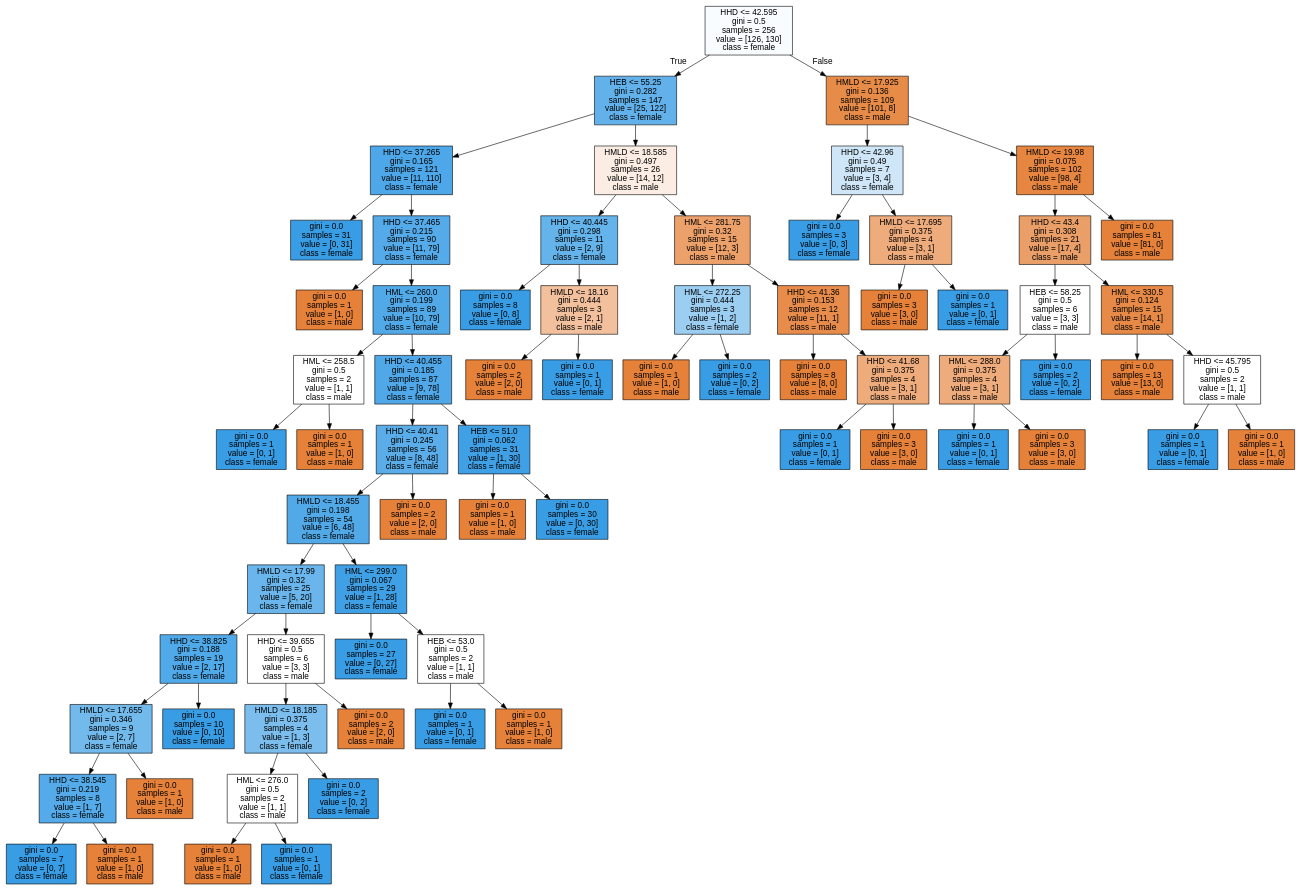
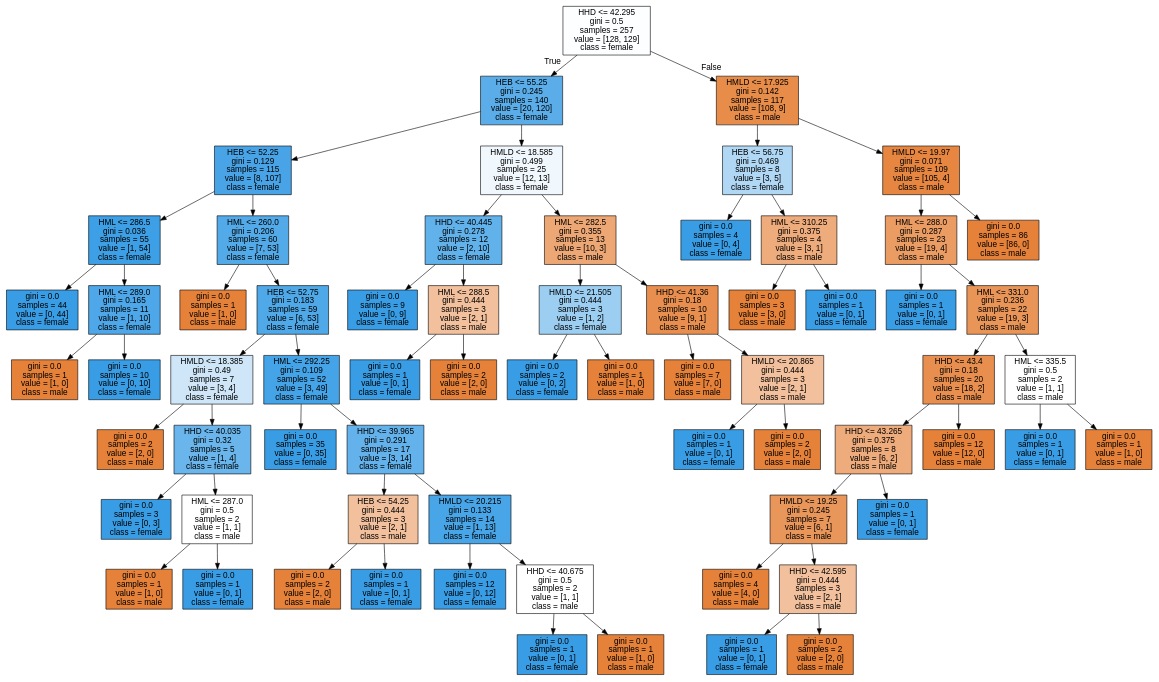
One commit to AndreeaBolonyi/ReconstituiriIstorice changed the diagram in data/decision_trees/tree_sex_humerus.dot. Above: the diagram before and after it, drawn with Graphviz. The commit also changed 6 other files, not shown here.

```diff
--- a/data/decision_trees/tree_sex_humerus.dot
+++ b/data/decision_trees/tree_sex_humerus.dot
@@ -1,145 +1,137 @@
 digraph Tree {
 node [shape=box, style="filled", color="black", fontname="helvetica"] ;
 edge [fontname="helvetica"] ;
-0 [label="HHD <= 42.595\ngini = 0.5\nsamples = 256\nvalue = [126, 130]\nclass = female", fillcolor="#f9fcfe"] ;
-1 [label="HEB <= 55.25\ngini = 0.282\nsamples = 147\nvalue = [25, 122]\nclass = female", fillcolor="#62b1ea"] ;
+0 [label="HHD <= 42.295\ngini = 0.5\nsamples = 257\nvalue = [128, 129]\nclass = female", fillcolor="#fdfeff"] ;
+1 [label="HEB <= 55.25\ngini = 0.245\nsamples = 140\nvalue = [20, 120]\nclass = female", fillcolor="#5aade9"] ;
 0 -> 1 [labeldistance=2.5, labelangle=45, headlabel="True"] ;
-2 [label="HHD <= 37.265\ngini = 0.165\nsamples = 121\nvalue = [11, 110]\nclass = female", fillcolor="#4da7e8"] ;
+2 [label="HEB <= 52.25\ngini = 0.129\nsamples = 115\nvalue = [8, 107]\nclass = female", fillcolor="#48a4e7"] ;
 1 -> 2 ;
-3 [label="gini = 0.0\nsamples = 31\nvalue = [0, 31]\nclass = female", fillcolor="#399de5"] ;
+3 [label="HML <= 286.5\ngini = 0.036\nsamples = 55\nvalue = [1, 54]\nclass = female", fillcolor="#3d9fe5"] ;
 2 -> 3 ;
-4 [label="HHD <= 37.465\ngini = 0.215\nsamples = 90\nvalue = [11, 79]\nclass = female", fillcolor="#55abe9"] ;
-2 -> 4 ;
-5 [label="gini = 0.0\nsamples = 1\nvalue = [1, 0]\nclass = male", fillcolor="#e58139"] ;
-4 -> 5 ;
-6 [label="HML <= 260.0\ngini = 0.199\nsamples = 89\nvalue = [10, 79]\nclass = female", fillcolor="#52a9e8"] ;
-4 -> 6 ;
-7 [label="HML <= 258.5\ngini = 0.5\nsamples = 2\nvalue = [1, 1]\nclass = male", fillcolor="#ffffff"] ;
-6 -> 7 ;
-8 [label="gini = 0.0\nsamples = 1\nvalue = [0, 1]\nclass = female", fillcolor="#399de5"] ;
-7 -> 8 ;
+4 [label="gini = 0.0\nsamples = 44\nvalue = [0, 44]\nclass = female", fillcolor="#399de5"] ;
+3 -> 4 ;
+5 [label="HML <= 289.0\ngini = 0.165\nsamples = 11\nvalue = [1, 10]\nclass = female", fillcolor="#4da7e8"] ;
+3 -> 5 ;
+6 [label="gini = 0.0\nsamples = 1\nvalue = [1, 0]\nclass = male", fillcolor="#e58139"] ;
+5 -> 6 ;
+7 [label="gini = 0.0\nsamples = 10\nvalue = [0, 10]\nclass = female", fillcolor="#399de5"] ;
+5 -> 7 ;
+8 [label="HML <= 260.0\ngini = 0.206\nsamples = 60\nvalue = [7, 53]\nclass = female", fillcolor="#53aae8"] ;
+2 -> 8 ;
 9 [label="gini = 0.0\nsamples = 1\nvalue = [1, 0]\nclass = male", fillcolor="#e58139"] ;
-7 -> 9 ;
-10 [label="HHD <= 40.455\ngini = 0.185\nsamples = 87\nvalue = [9, 78]\nclass = female", fillcolor="#50a8e8"] ;
-6 -> 10 ;
-11 [label="HHD <= 40.41\ngini = 0.245\nsamples = 56\nvalue = [8, 48]\nclass = female", fillcolor="#5aade9"] ;
+8 -> 9 ;
+10 [label="HEB <= 52.75\ngini = 0.183\nsamples = 59\nvalue = [6, 53]\nclass = female", fillcolor="#4fa8e8"] ;
+8 -> 10 ;
+11 [label="HMLD <= 18.385\ngini = 0.49\nsamples = 7\nvalue = [3, 4]\nclass = female", fillcolor="#cee6f8"] ;
 10 -> 11 ;
-12 [label="HMLD <= 18.455\ngini = 0.198\nsamples = 54\nvalue = [6, 48]\nclass = female", fillcolor="#52a9e8"] ;
+12 [label="gini = 0.0\nsamples = 2\nvalue = [2, 0]\nclass = male", fillcolor="#e58139"] ;
 11 -> 12 ;
-13 [label="HMLD <= 17.99\ngini = 0.32\nsamples = 25\nvalue = [5, 20]\nclass = female", fillcolor="#6ab6ec"] ;
-12 -> 13 ;
-14 [label="HHD <= 38.825\ngini = 0.188\nsamples = 19\nvalue = [2, 17]\nclass = female", fillcolor="#50a9e8"] ;
+13 [label="HHD <= 40.035\ngini = 0.32\nsamples = 5\nvalue = [1, 4]\nclass = female", fillcolor="#6ab6ec"] ;
+11 -> 13 ;
+14 [label="gini = 0.0\nsamples = 3\nvalue = [0, 3]\nclass = female", fillcolor="#399de5"] ;
 13 -> 14 ;
-15 [label="HMLD <= 17.655\ngini = 0.346\nsamples = 9\nvalue = [2, 7]\nclass = female", fillcolor="#72b9ec"] ;
-14 -> 15 ;
-16 [label="HHD <= 38.545\ngini = 0.219\nsamples = 8\nvalue = [1, 7]\nclass = female", fillcolor="#55abe9"] ;
+15 [label="HML <= 287.0\ngini = 0.5\nsamples = 2\nvalue = [1, 1]\nclass = male", fillcolor="#ffffff"] ;
+13 -> 15 ;
+16 [label="gini = 0.0\nsamples = 1\nvalue = [1, 0]\nclass = male", fillcolor="#e58139"] ;
 15 -> 16 ;
-17 [label="gini = 0.0\nsamples = 7\nvalue = [0, 7]\nclass = female", fillcolor="#399de5"] ;
-16 -> 17 ;
-18 [label="gini = 0.0\nsamples = 1\nvalue = [1, 0]\nclass = male", fillcolor="#e58139"] ;
-16 -> 18 ;
-19 [label="gini = 0.0\nsamples = 1\nvalue = [1, 0]\nclass = male", fillcolor="#e58139"] ;
-15 -> 19 ;
-20 [label="gini = 0.0\nsamples = 10\nvalue = [0, 10]\nclass = female", fillcolor="#399de5"] ;
-14 -> 20 ;
-21 [label="HHD <= 39.655\ngini = 0.5\nsamples = 6\nvalue = [3, 3]\nclass = male", fillcolor="#ffffff"] ;
-13 -> 21 ;
-22 [label="HMLD <= 18.185\ngini = 0.375\nsamples = 4\nvalue = [1, 3]\nclass = female", fillcolor="#7bbeee"] ;
+17 [label="gini = 0.0\nsamples = 1\nvalue = [0, 1]\nclass = female", fillcolor="#399de5"] ;
+15 -> 17 ;
+18 [label="HML <= 292.25\ngini = 0.109\nsamples = 52\nvalue = [3, 49]\nclass = female", fillcolor="#45a3e7"] ;
+10 -> 18 ;
+19 [label="gini = 0.0\nsamples = 35\nvalue = [0, 35]\nclass = female", fillcolor="#399de5"] ;
+18 -> 19 ;
+20 [label="HHD <= 39.965\ngini = 0.291\nsamples = 17\nvalue = [3, 14]\nclass = female", fillcolor="#63b2eb"] ;
+18 -> 20 ;
+21 [label="HEB <= 54.25\ngini = 0.444\nsamples = 3\nvalue = [2, 1]\nclass = male", fillcolor="#f2c09c"] ;
+20 -> 21 ;
+22 [label="gini = 0.0\nsamples = 2\nvalue = [2, 0]\nclass = male", fillcolor="#e58139"] ;
 21 -> 22 ;
-23 [label="HML <= 276.0\ngini = 0.5\nsamples = 2\nvalue = [1, 1]\nclass = male", fillcolor="#ffffff"] ;
-22 -> 23 ;
-24 [label="gini = 0.0\nsamples = 1\nvalue = [1, 0]\nclass = male", fillcolor="#e58139"] ;
-23 -> 24 ;
-25 [label="gini = 0.0\nsamples = 1\nvalue = [0, 1]\nclass = female", fillcolor="#399de5"] ;
-23 -> 25 ;
-26 [label="gini = 0.0\nsamples = 2\nvalue = [0, 2]\nclass = female", fillcolor="#399de5"] ;
-22 -> 26 ;
-27 [label="gini = 0.0\nsamples = 2\nvalue = [2, 0]\nclass = male", fillcolor="#e58139"] ;
-21 -> 27 ;
-28 [label="HML <= 299.0\ngini = 0.067\nsamples = 29\nvalue = [1, 28]\nclass = female", fillcolor="#40a0e6"] ;
-12 -> 28 ;
-29 [label="gini = 0.0\nsamples = 27\nvalue = [0, 27]\nclass = female", fillcolor="#399de5"] ;
-28 -> 29 ;
-30 [label="HEB <= 53.0\ngini = 0.5\nsamples = 2\nvalue = [1, 1]\nclass = male", fillcolor="#ffffff"] ;
-28 -> 30 ;
-31 [label="gini = 0.0\nsamples = 1\nvalue = [0, 1]\nclass = female", fillcolor="#399de5"] ;
+23 [label="gini = 0.0\nsamples = 1\nvalue = [0, 1]\nclass = female", fillcolor="#399de5"] ;
+21 -> 23 ;
+24 [label="HMLD <= 20.215\ngini = 0.133\nsamples = 14\nvalue = [1, 13]\nclass = female", fillcolor="#48a5e7"] ;
+20 -> 24 ;
+25 [label="gini = 0.0\nsamples = 12\nvalue = [0, 12]\nclass = female", fillcolor="#399de5"] ;
+24 -> 25 ;
+26 [label="HHD <= 40.675\ngini = 0.5\nsamples = 2\nvalue = [1, 1]\nclass = male", fillcolor="#ffffff"] ;
+24 -> 26 ;
+27 [label="gini = 0.0\nsamples = 1\nvalue = [0, 1]\nclass = female", fillcolor="#399de5"] ;
+26 -> 27 ;
+28 [label="gini = 0.0\nsamples = 1\nvalue = [1, 0]\nclass = male", fillcolor="#e58139"] ;
+26 -> 28 ;
+29 [label="HMLD <= 18.585\ngini = 0.499\nsamples = 25\nvalue = [12, 13]\nclass = female", fillcolor="#f0f7fd"] ;
+1 -> 29 ;
+30 [label="HHD <= 40.445\ngini = 0.278\nsamples = 12\nvalue = [2, 10]\nclass = female", fillcolor="#61b1ea"] ;
+29 -> 30 ;
+31 [label="gini = 0.0\nsamples = 9\nvalue = [0, 9]\nclass = female", fillcolor="#399de5"] ;
 30 -> 31 ;
-32 [label="gini = 0.0\nsamples = 1\nvalue = [1, 0]\nclass = male", fillcolor="#e58139"] ;
+32 [label="HML <= 288.5\ngini = 0.444\nsamples = 3\nvalue = [2, 1]\nclass = male", fillcolor="#f2c09c"] ;
 30 -> 32 ;
-33 [label="gini = 0.0\nsamples = 2\nvalue = [2, 0]\nclass = male", fillcolor="#e58139"] ;
-11 -> 33 ;
-34 [label="HEB <= 51.0\ngini = 0.062\nsamples = 31\nvalue = [1, 30]\nclass = female", fillcolor="#40a0e6"] ;
-10 -> 34 ;
-35 [label="gini = 0.0\nsamples = 1\nvalue = [1, 0]\nclass = male", fillcolor="#e58139"] ;
-34 -> 35 ;
-36 [label="gini = 0.0\nsamples = 30\nvalue = [0, 30]\nclass = female", fillcolor="#399de5"] ;
-34 -> 36 ;
-37 [label="HMLD <= 18.585\ngini = 0.497\nsamples = 26\nvalue = [14, 12]\nclass = male", fillcolor="#fbede3"] ;
-1 -> 37 ;
-38 [label="HHD <= 40.445\ngini = 0.298\nsamples = 11\nvalue = [2, 9]\nclass = female", fillcolor="#65b3eb"] ;
-37 -> 38 ;
-39 [label="gini = 0.0\nsamples = 8\nvalue = [0, 8]\nclass = female", fillcolor="#399de5"] ;
-38 -> 39 ;
-40 [label="HMLD <= 18.16\ngini = 0.444\nsamples = 3\nvalue = [2, 1]\nclass = male", fillcolor="#f2c09c"] ;
-38 -> 40 ;
-41 [label="gini = 0.0\nsamples = 2\nvalue = [2, 0]\nclass = male", fillcolor="#e58139"] ;
-40 -> 41 ;
+33 [label="gini = 0.0\nsamples = 1\nvalue = [0, 1]\nclass = female", fillcolor="#399de5"] ;
+32 -> 33 ;
+34 [label="gini = 0.0\nsamples = 2\nvalue = [2, 0]\nclass = male", fillcolor="#e58139"] ;
+32 -> 34 ;
+35 [label="HML <= 282.5\ngini = 0.355\nsamples = 13\nvalue = [10, 3]\nclass = male", fillcolor="#eda774"] ;
+29 -> 35 ;
+36 [label="HMLD <= 21.505\ngini = 0.444\nsamples = 3\nvalue = [1, 2]\nclass = female", fillcolor="#9ccef2"] ;
+35 -> 36 ;
+37 [label="gini = 0.0\nsamples = 2\nvalue = [0, 2]\nclass = female", fillcolor="#399de5"] ;
+36 -> 37 ;
+38 [label="gini = 0.0\nsamples = 1\nvalue = [1, 0]\nclass = male", fillcolor="#e58139"] ;
+36 -> 38 ;
+39 [label="HHD <= 41.36\ngini = 0.18\nsamples = 10\nvalue = [9, 1]\nclass = male", fillcolor="#e88f4f"] ;
+35 -> 39 ;
+40 [label="gini = 0.0\nsamples = 7\nvalue = [7, 0]\nclass = male", fillcolor="#e58139"] ;
+39 -> 40 ;
+41 [label="HMLD <= 20.865\ngini = 0.444\nsamples = 3\nvalue = [2, 1]\nclass = male", fillcolor="#f2c09c"] ;
+39 -> 41 ;
 42 [label="gini = 0.0\nsamples = 1\nvalue = [0, 1]\nclass = female", fillcolor="#399de5"] ;
-40 -> 42 ;
-43 [label="HML <= 281.75\ngini = 0.32\nsamples = 15\nvalue = [12, 3]\nclass = male", fillcolor="#eca06a"] ;
-37 -> 43 ;
-44 [label="HML <= 272.25\ngini = 0.444\nsamples = 3\nvalue = [1, 2]\nclass = female", fillcolor="#9ccef2"] ;
-43 -> 44 ;
-45 [label="gini = 0.0\nsamples = 1\nvalue = [1, 0]\nclass = male", fillcolor="#e58139"] ;
+41 -> 42 ;
+43 [label="gini = 0.0\nsamples = 2\nvalue = [2, 0]\nclass = male", fillcolor="#e58139"] ;
+41 -> 43 ;
+44 [label="HMLD <= 17.925\ngini = 0.142\nsamples = 117\nvalue = [108, 9]\nclass = male", fillcolor="#e78c49"] ;
+0 -> 44 [labeldistance=2.5, labelangle=-45, headlabel="False"] ;
+45 [label="HEB <= 56.75\ngini = 0.469\nsamples = 8\nvalue = [3, 5]\nclass = female", fillcolor="#b0d8f5"] ;
 44 -> 45 ;
-46 [label="gini = 0.0\nsamples = 2\nvalue = [0, 2]\nclass = female", fillcolor="#399de5"] ;
-44 -> 46 ;
-47 [label="HHD <= 41.36\ngini = 0.153\nsamples = 12\nvalue = [11, 1]\nclass = male", fillcolor="#e78c4b"] ;
-43 -> 47 ;
-48 [label="gini = 0.0\nsamples = 8\nvalue = [8, 0]\nclass = male", fillcolor="#e58139"] ;
+46 [label="gini = 0.0\nsamples = 4\nvalue = [0, 4]\nclass = female", fillcolor="#399de5"] ;
+45 -> 46 ;
+47 [label="HML <= 310.25\ngini = 0.375\nsamples = 4\nvalue = [3, 1]\nclass = male", fillcolor="#eeab7b"] ;
+45 -> 47 ;
+48 [label="gini = 0.0\nsamples = 3\nvalue = [3, 0]\nclass = male", fillcolor="#e58139"] ;
 47 -> 48 ;
-49 [label="HHD <= 41.68\ngini = 0.375\nsamples = 4\nvalue = [3, 1]\nclass = male", fillcolor="#eeab7b"] ;
+49 [label="gini = 0.0\nsamples = 1\nvalue = [0, 1]\nclass = female", fillcolor="#399de5"] ;
 47 -> 49 ;
-50 [label="gini = 0.0\nsamples = 1\nvalue = [0, 1]\nclass = female", fillcolor="#399de5"] ;
-49 -> 50 ;
-51 [label="gini = 0.0\nsamples = 3\nvalue = [3, 0]\nclass = male", fillcolor="#e58139"] ;
-49 -> 51 ;
-52 [label="HMLD <= 17.925\ngini = 0.136\nsamples = 109\nvalue = [101, 8]\nclass = male", fillcolor="#e78b49"] ;
-0 -> 52 [labeldistance=2.5, labelangle=-45, headlabel="False"] ;
-53 [label="HHD <= 42.96\ngini = 0.49\nsamples = 7\nvalue = [3, 4]\nclass = female", fillcolor="#cee6f8"] ;
-52 -> 53 ;
-54 [label="gini = 0.0\nsamples = 3\nvalue = [0, 3]\nclass = female", fillcolor="#399de5"] ;
+50 [label="HMLD <= 19.97\ngini = 0.071\nsamples = 109\nvalue = [105, 4]\nclass = male", fillcolor="#e68641"] ;
+44 -> 50 ;
+51 [label="HML <= 288.0\ngini = 0.287\nsamples = 23\nvalue = [19, 4]\nclass = male", fillcolor="#ea9c63"] ;
+50 -> 51 ;
+52 [label="gini = 0.0\nsamples = 1\nvalue = [0, 1]\nclass = female", fillcolor="#399de5"] ;
+51 -> 52 ;
+53 [label="HML <= 331.0\ngini = 0.236\nsamples = 22\nvalue = [19, 3]\nclass = male", fillcolor="#e99558"] ;
+51 -> 53 ;
+54 [label="HHD <= 43.4\ngini = 0.18\nsamples = 20\nvalue = [18, 2]\nclass = male", fillcolor="#e88f4f"] ;
 53 -> 54 ;
-55 [label="HMLD <= 17.695\ngini = 0.375\nsamples = 4\nvalue = [3, 1]\nclass = male", fillcolor="#eeab7b"] ;
-53 -> 55 ;
-56 [label="gini = 0.0\nsamples = 3\nvalue = [3, 0]\nclass = male", fillcolor="#e58139"] ;
+55 [label="HHD <= 43.265\ngini = 0.375\nsamples = 8\nvalue = [6, 2]\nclass = male", fillcolor="#eeab7b"] ;
+54 -> 55 ;
+56 [label="HMLD <= 19.25\ngini = 0.245\nsamples = 7\nvalue = [6, 1]\nclass = male", fillcolor="#e9965a"] ;
 55 -> 56 ;
-57 [label="gini = 0.0\nsamples = 1\nvalue = [0, 1]\nclass = female", fillcolor="#399de5"] ;
-55 -> 57 ;
-58 [label="HMLD <= 19.98\ngini = 0.075\nsamples = 102\nvalue = [98, 4]\nclass = male", fillcolor="#e68641"] ;
-52 -> 58 ;
-59 [label="HHD <= 43.4\ngini = 0.308\nsamples = 21\nvalue = [17, 4]\nclass = male", fillcolor="#eb9f68"] ;
+57 [label="gini = 0.0\nsamples = 4\nvalue = [4, 0]\nclass = male", fillcolor="#e58139"] ;
+56 -> 57 ;
+58 [label="HHD <= 42.595\ngini = 0.444\nsamples = 3\nvalue = [2, 1]\nclass = male", fillcolor="#f2c09c"] ;
+56 -> 58 ;
+59 [label="gini = 0.0\nsamples = 1\nvalue = [0, 1]\nclass = female", fillcolor="#399de5"] ;
 58 -> 59 ;
-60 [label="HEB <= 58.25\ngini = 0.5\nsamples = 6\nvalue = [3, 3]\nclass = male", fillcolor="#ffffff"] ;
-59 -> 60 ;
-61 [label="HML <= 288.0\ngini = 0.375\nsamples = 4\nvalue = [3, 1]\nclass = male", fillcolor="#eeab7b"] ;
-60 -> 61 ;
-62 [label="gini = 0.0\nsamples = 1\nvalue = [0, 1]\nclass = female", fillcolor="#399de5"] ;
-61 -> 62 ;
-63 [label="gini = 0.0\nsamples = 3\nvalue = [3, 0]\nclass = male", fillcolor="#e58139"] ;
-61 -> 63 ;
-64 [label="gini = 0.0\nsamples = 2\nvalue = [0, 2]\nclass = female", fillcolor="#399de5"] ;
-60 -> 64 ;
-65 [label="HML <= 330.5\ngini = 0.124\nsamples = 15\nvalue = [14, 1]\nclass = male", fillcolor="#e78a47"] ;
-59 -> 65 ;
-66 [label="gini = 0.0\nsamples = 13\nvalue = [13, 0]\nclass = male", fillcolor="#e58139"] ;
-65 -> 66 ;
-67 [label="HHD <= 45.795\ngini = 0.5\nsamples = 2\nvalue = [1, 1]\nclass = male", fillcolor="#ffffff"] ;
-65 -> 67 ;
-68 [label="gini = 0.0\nsamples = 1\nvalue = [0, 1]\nclass = female", fillcolor="#399de5"] ;
-67 -> 68 ;
-69 [label="gini = 0.0\nsamples = 1\nvalue = [1, 0]\nclass = male", fillcolor="#e58139"] ;
-67 -> 69 ;
-70 [label="gini = 0.0\nsamples = 81\nvalue = [81, 0]\nclass = male", fillcolor="#e58139"] ;
-58 -> 70 ;
+60 [label="gini = 0.0\nsamples = 2\nvalue = [2, 0]\nclass = male", fillcolor="#e58139"] ;
+58 -> 60 ;
+61 [label="gini = 0.0\nsamples = 1\nvalue = [0, 1]\nclass = female", fillcolor="#399de5"] ;
+55 -> 61 ;
+62 [label="gini = 0.0\nsamples = 12\nvalue = [12, 0]\nclass = male", fillcolor="#e58139"] ;
+54 -> 62 ;
+63 [label="HML <= 335.5\ngini = 0.5\nsamples = 2\nvalue = [1, 1]\nclass = male", fillcolor="#ffffff"] ;
+53 -> 63 ;
+64 [label="gini = 0.0\nsamples = 1\nvalue = [0, 1]\nclass = female", fillcolor="#399de5"] ;
+63 -> 64 ;
+65 [label="gini = 0.0\nsamples = 1\nvalue = [1, 0]\nclass = male", fillcolor="#e58139"] ;
+63 -> 65 ;
+66 [label="gini = 0.0\nsamples = 86\nvalue = [86, 0]\nclass = male", fillcolor="#e58139"] ;
+50 -> 66 ;
 }
```
